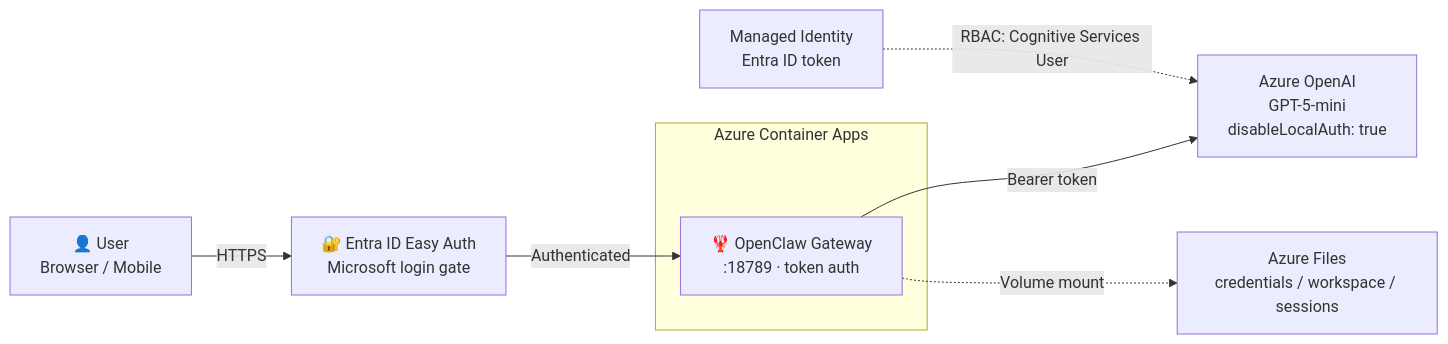
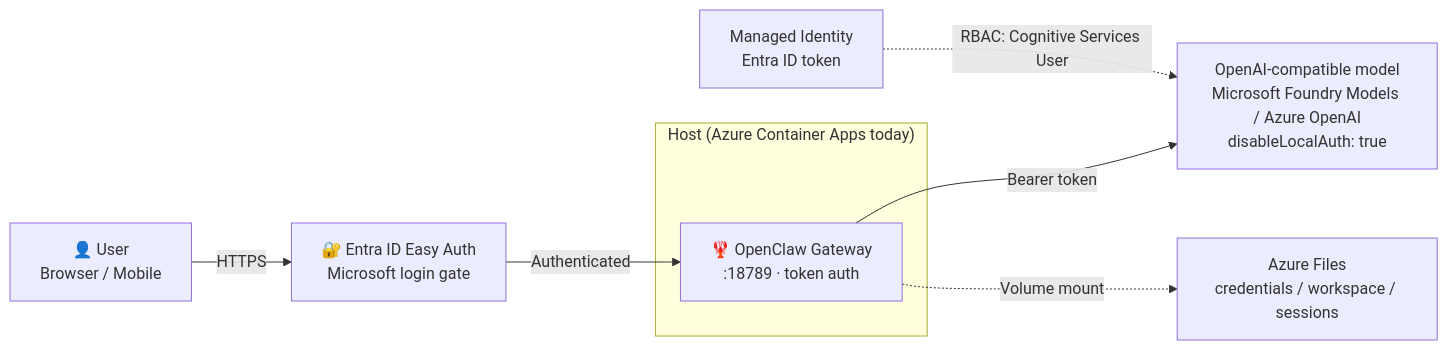
Before and after one commit to microsoft/openclaw-dev: the diagram in README.md, drawn with Mermaid. The commit also changed other lines of this file and 7 other files, not shown here.

Commit message:
porting over from microsoft/openclaw-on-azure repo

````diff
--- a/README.md
+++ b/README.md
@@ -91,17 +91,17 @@
 ```mermaid
 graph LR
     User["👤 User<br/>Browser / Mobile"]
     EasyAuth["🔐 Entra ID Easy Auth<br/>Microsoft login gate"]
-    subgraph ACA["Azure Container Apps"]
+    subgraph Host["Host (Azure Container Apps today)"]
         GW["🦞 OpenClaw Gateway<br/>:18789 · token auth"]
     end
-    AOAI["Azure OpenAI<br/>GPT-5-mini<br/>disableLocalAuth: true"]
+    AOAI["OpenAI-compatible model<br/>Microsoft Foundry Models / Azure OpenAI<br/>disableLocalAuth: true"]
     MI["Managed Identity<br/>Entra ID token"]
     AF["Azure Files<br/>credentials / workspace / sessions"]
 
     User -->|"HTTPS"| EasyAuth
     EasyAuth -->|"Authenticated"| GW
     GW -->|"Bearer token"| AOAI
     GW -.->|"Volume mount"| AF
     MI -.->|"RBAC: Cognitive Services User"| AOAI
 ```
````
